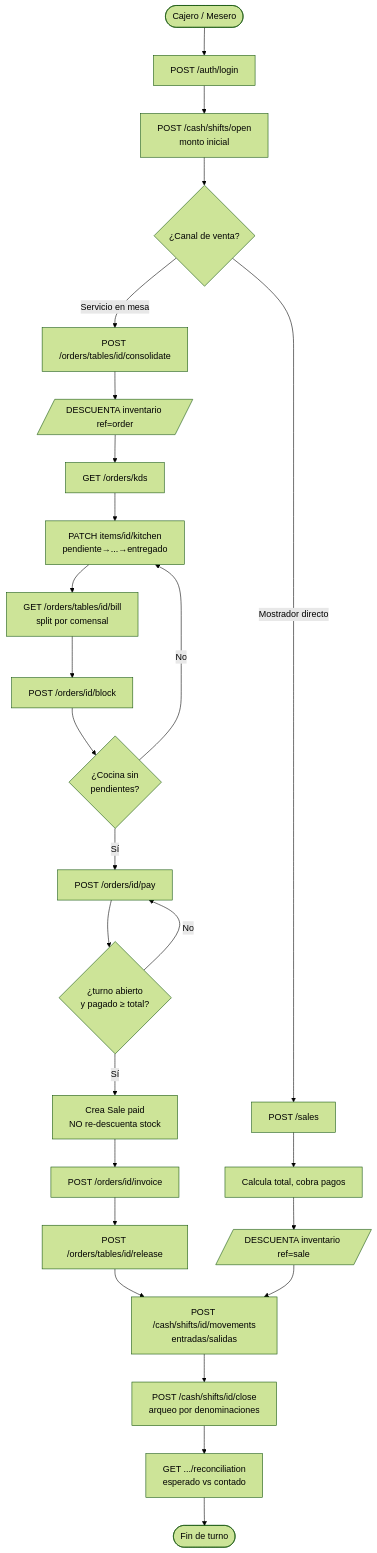
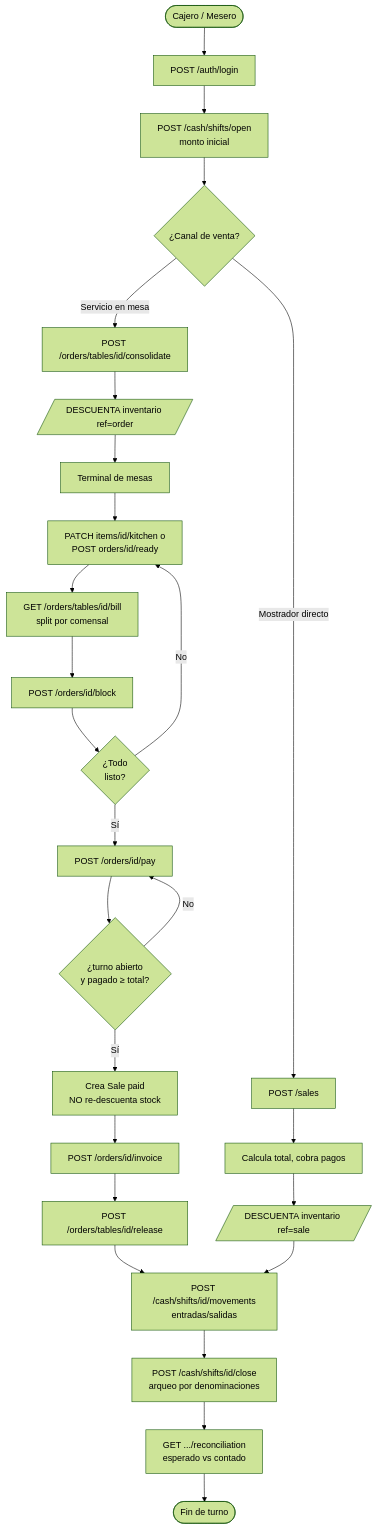
The third of 4 diagrams in docs/FUNCIONALIDADES.md (deimerhdz/pos-backend), drawn with Mermaid (forest theme) before and after one commit. The commit also changed other lines of this file and 14 other files, not shown here.

First line of the commit message:
feat(kitchen): simplify kitchen status by removing 'entregado' and consolidating to 'listo'

````diff
--- a/docs/FUNCIONALIDADES.md
+++ b/docs/FUNCIONALIDADES.md
@@ -235,34 +235,34 @@
 ```mermaid
 flowchart TD
     A([Cajero / Mesero]) --> B[POST /auth/login]
     B --> C[POST /cash/shifts/open<br/>monto inicial]
     C --> D{¿Canal de venta?}
 
     %% Rama mesa
     D -->|Servicio en mesa| E[POST /orders/tables/id/consolidate]
     E --> E1[/DESCUENTA inventario ref=order/]
-    E1 --> F[GET /orders/kds]
-    F --> G[PATCH items/id/kitchen<br/>pendiente→...→entregado]
+    E1 --> F[Terminal de mesas]
+    F --> G[PATCH items/id/kitchen o<br/>POST orders/id/ready]
     G --> H[GET /orders/tables/id/bill<br/>split por comensal]
     H --> I[POST /orders/id/block]
-    I --> J{¿Cocina sin<br/>pendientes?}
+    I --> J{¿Todo<br/>listo?}
     J -->|No| G
     J -->|Sí| K[POST /orders/id/pay]
     K --> L{¿turno abierto<br/>y pagado ≥ total?}
     L -->|No| K
     L -->|Sí| M[Crea Sale paid<br/>NO re-descuenta stock]
     M --> N[POST /orders/id/invoice]
     N --> O[POST /orders/tables/id/release]
 
     %% Rama mostrador
     D -->|Mostrador directo| P[POST /sales]
     P --> P1[Calcula total, cobra pagos]
     P1 --> P2[/DESCUENTA inventario ref=sale/]
 
     %% Cierre de caja
     O --> Q[POST /cash/shifts/id/movements<br/>entradas/salidas]
     P2 --> Q
     Q --> R[POST /cash/shifts/id/close<br/>arqueo por denominaciones]
     R --> S[GET .../reconciliation<br/>esperado vs contado]
     S --> T([Fin de turno])
 ```
````
